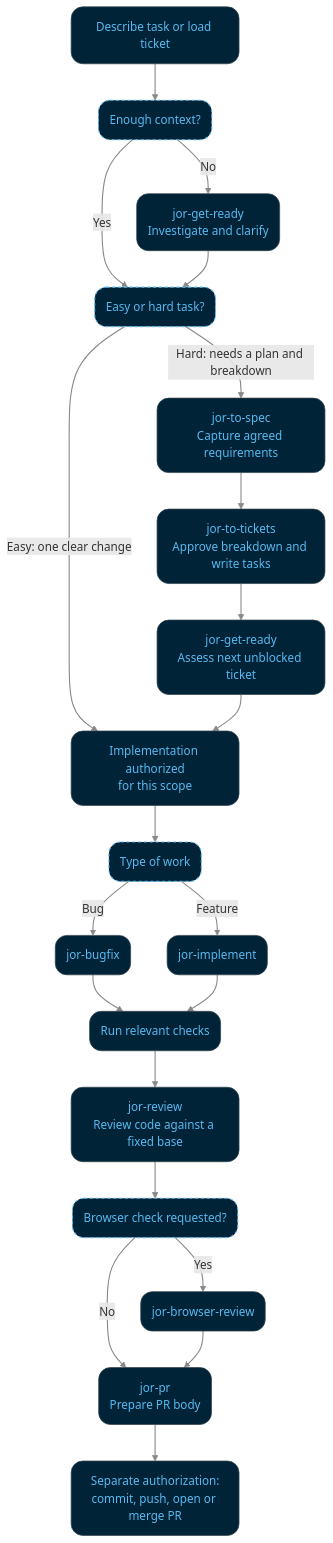
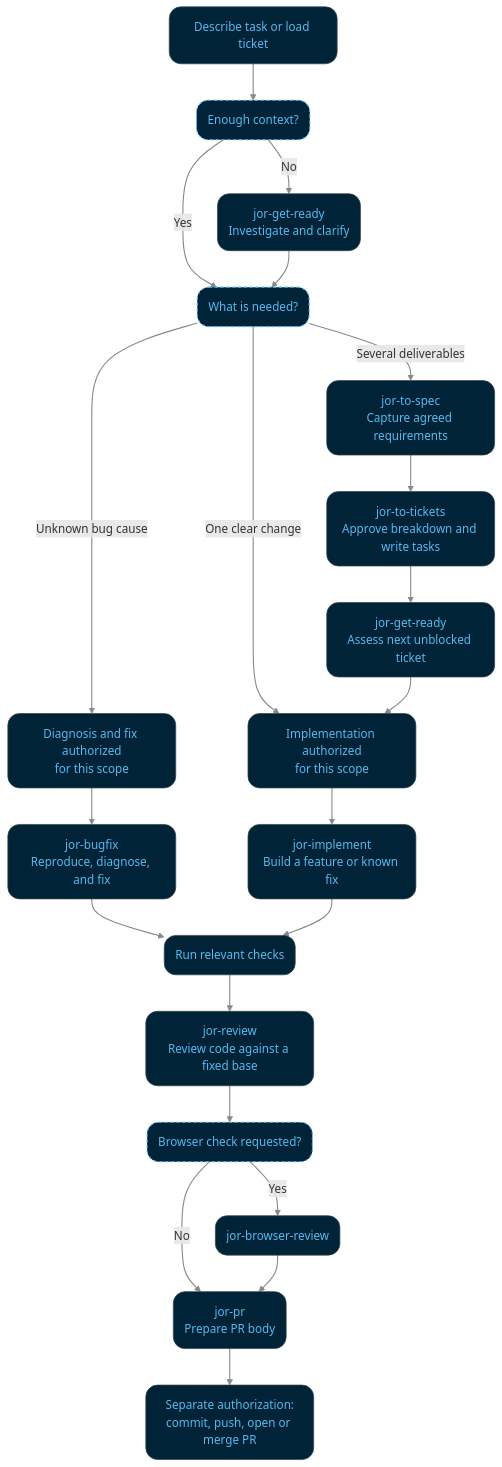
Before and after one commit to jorsisu/jor-stack: the diagram in docs/flow.mmd, drawn with Mermaid. The commit also changed 6 other files, not shown here.

```diff
--- a/docs/flow.mmd
+++ b/docs/flow.mmd
@@ -1,25 +1,25 @@
 flowchart TB
     task("Describe task or load ticket"):::step --> context("Enough context?"):::decision
     context -->|No| ready("jor-get-ready<br/>Investigate and clarify"):::step
-    context -->|Yes| size("Easy or hard task?"):::decision
-    ready --> size
-    size -->|Easy: one clear change| approved("Implementation authorized<br/>for this scope"):::step
-    size -->|Hard: needs a plan and breakdown| spec("jor-to-spec<br/>Capture agreed requirements"):::step
+    context -->|Yes| route("What is needed?"):::decision
+    ready --> route
+    route -->|Unknown bug cause| diagnosis("Diagnosis and fix authorized<br/>for this scope"):::step
+    diagnosis --> bugfix("jor-bugfix<br/>Reproduce, diagnose, and fix"):::step
+    route -->|One clear change| approved("Implementation authorized<br/>for this scope"):::step
+    route -->|Several deliverables| spec("jor-to-spec<br/>Capture agreed requirements"):::step
     spec --> tickets("jor-to-tickets<br/>Approve breakdown and write tasks"):::step
     tickets --> next("jor-get-ready<br/>Assess next unblocked ticket"):::step
     next --> approved
-    approved --> kind("Type of work"):::decision
-    kind -->|Bug| bugfix("jor-bugfix"):::step
-    kind -->|Feature| implement("jor-implement"):::step
+    approved --> implement("jor-implement<br/>Build a feature or known fix"):::step
     bugfix --> checks("Run relevant checks"):::step
     implement --> checks
     checks --> review("jor-review<br/>Review code against a fixed base"):::step
     review --> requested("Browser check requested?"):::decision
     requested -->|Yes| browser("jor-browser-review"):::step
     requested -->|No| pr("jor-pr<br/>Prepare PR body"):::step
     browser --> pr
     pr --> publish("Separate authorization:<br/>commit, push, open or merge PR"):::step
 
     classDef step fill:#002337,stroke:#334650,color:#58b9ef,stroke-width:1px,rx:16,ry:16
     classDef decision fill:#002337,stroke:#58b9ef,color:#58b9ef,stroke-width:1.5px,stroke-dasharray:4 4,rx:16,ry:16
     linkStyle default stroke:#888888,stroke-width:1.5px
```
